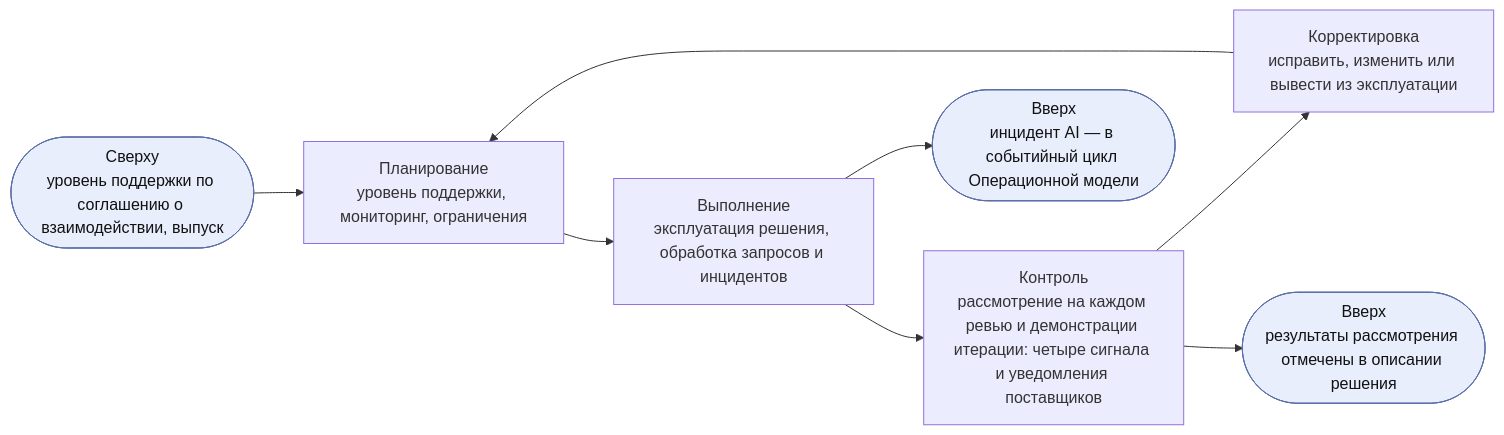
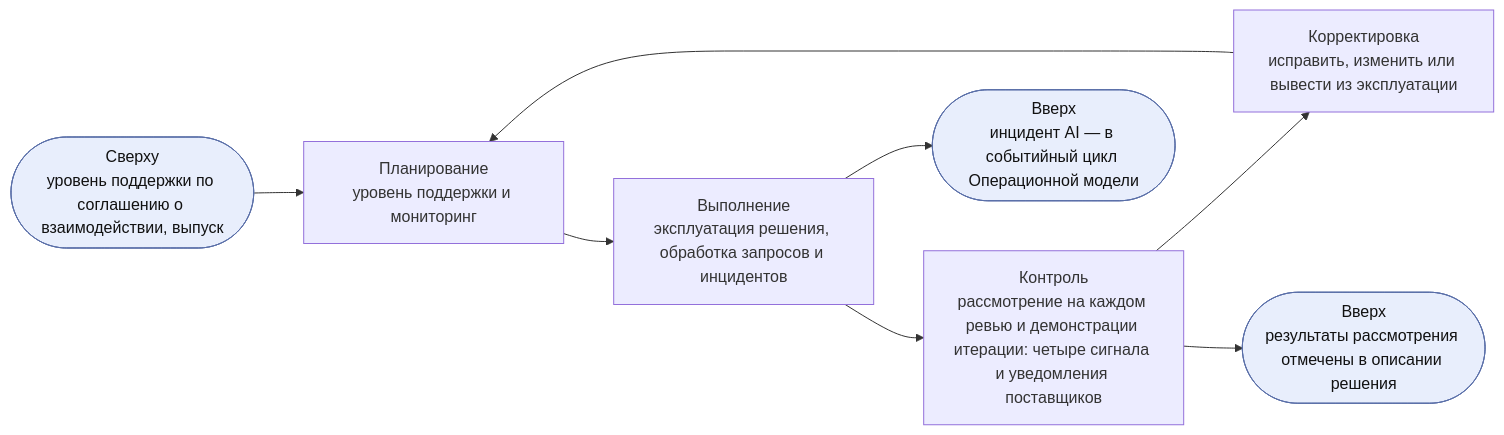
One commit to devhogu/ob-aicc changed diagram 11 of 13 in charter/ru/documents/solution-lifecycle-model.md. Above: the diagram before and after it, drawn with Mermaid. The commit also changed other lines of this file and 150 other files, not shown here.

````diff
--- a/charter/ru/documents/solution-lifecycle-model.md
+++ b/charter/ru/documents/solution-lifecycle-model.md
@@ -443,8 +443,8 @@
 ```mermaid
 flowchart LR
   IN(["Сверху<br/>уровень поддержки по соглашению о взаимодействии, выпуск"]):::iface --> P
-  P["Планирование<br/>уровень поддержки, мониторинг, ограничения"] --> D["Выполнение<br/>эксплуатация решения, обработка запросов и инцидентов"] --> C["Контроль<br/>рассмотрение на каждом ревью и демонстрации итерации: четыре сигнала и уведомления поставщиков"] --> A["Корректировка<br/>исправить, изменить или вывести из эксплуатации"] --> P
+  P["Планирование<br/>уровень поддержки и мониторинг"] --> D["Выполнение<br/>эксплуатация решения, обработка запросов и инцидентов"] --> C["Контроль<br/>рассмотрение на каждом ревью и демонстрации итерации: четыре сигнала и уведомления поставщиков"] --> A["Корректировка<br/>исправить, изменить или вывести из эксплуатации"] --> P
   D --> EV(["Вверх<br/>инцидент AI — в событийный цикл Операционной модели"]):::iface
   C --> UP(["Вверх<br/>результаты рассмотрения отмечены в описании решения"]):::iface
   classDef iface fill:#e8eefc,stroke:#5a6fa8,color:#111
 ```
````
